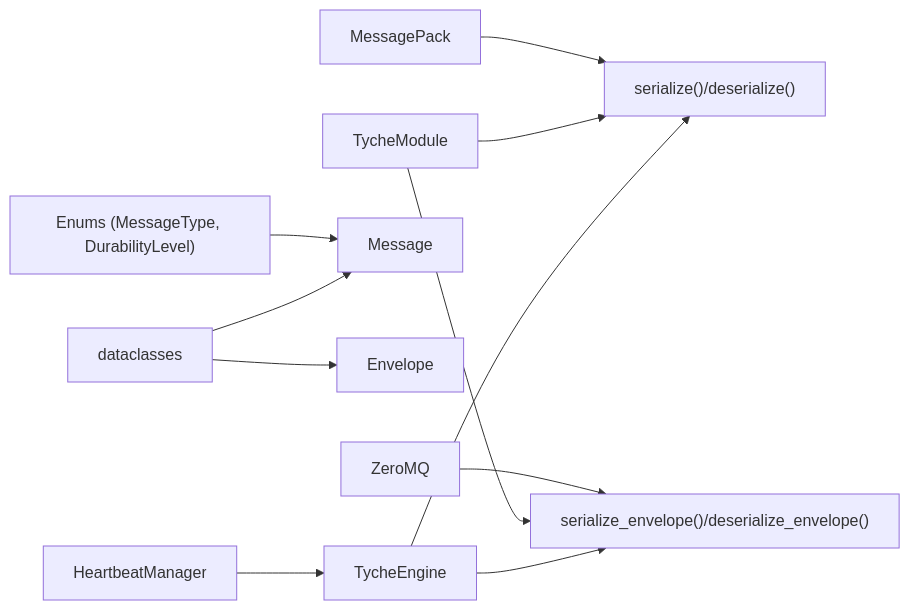
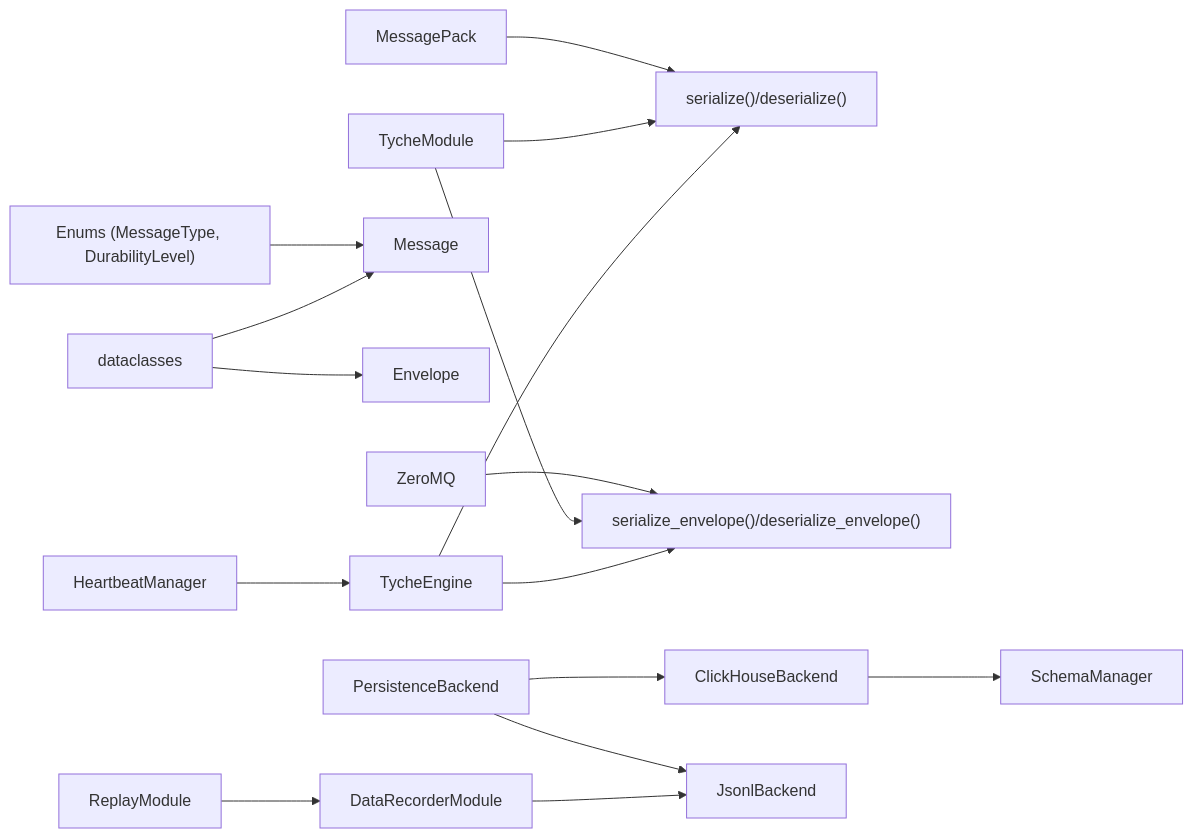
Diagram 15 of 15 in .qoder/repowiki/en/content/Message System.md (zt281/TycheEngine), drawn with Mermaid before and after one commit. The commit also changed other lines of this file and 11 other files, not shown here.

````diff
--- a/.qoder/repowiki/en/content/Message System.md
+++ b/.qoder/repowiki/en/content/Message System.md
@@ -372,13 +646,18 @@
 ```mermaid
 graph LR
 MP["MessagePack"] --> SER["serialize()/deserialize()"]
 ZMQ["ZeroMQ"] --> ENVSER["serialize_envelope()/deserialize_envelope()"]
 ENUM["Enums (MessageType, DurabilityLevel)"] --> MSG["Message"]
 DC["dataclasses"] --> MSG
 DC --> ENV["Envelope"]
 HB["HeartbeatManager"] --> ENG["TycheEngine"]
 MOD["TycheModule"] --> SER
 MOD --> ENVSER
 ENG --> SER
 ENG --> ENVSER
+PERS["PersistenceBackend"] --> CK["ClickHouseBackend"]
+PERS --> JL["JsonlBackend"]
+CK --> SM["SchemaManager"]
+REC["DataRecorderModule"] --> JL
+REP["ReplayModule"] --> REC
 ```
````
